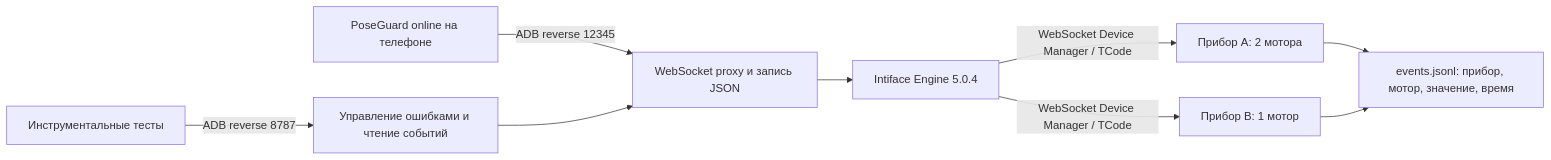
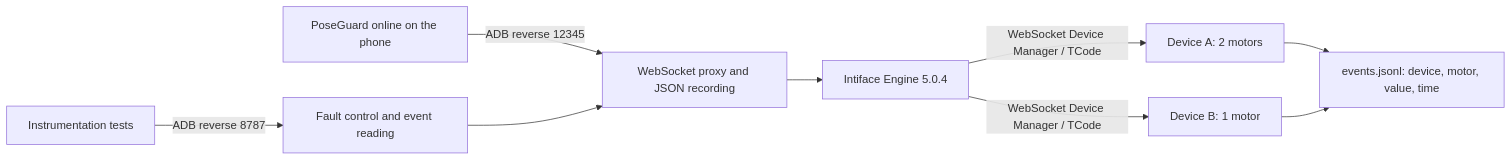
The diagram in dev/workspace/TESTING.md (incident201/poseGuard), drawn with Mermaid before and after one commit. The commit also changed other lines of this file and 2 other files, not shown here.

````diff
--- a/dev/workspace/TESTING.md
+++ b/dev/workspace/TESTING.md
@@ -71,11 +71,11 @@
 ```mermaid
 flowchart LR
-    A[PoseGuard online на телефоне] -->|ADB reverse 12345| P[WebSocket proxy и запись JSON]
+    A[PoseGuard online on the phone] -->|ADB reverse 12345| P[WebSocket proxy and JSON recording]
     P --> E[Intiface Engine 5.0.4]
-    E -->|WebSocket Device Manager / TCode| D[Прибор A: 2 мотора]
-    E -->|WebSocket Device Manager / TCode| B[Прибор B: 1 мотор]
-    D --> L[events.jsonl: прибор, мотор, значение, время]
+    E -->|WebSocket Device Manager / TCode| D[Device A: 2 motors]
+    E -->|WebSocket Device Manager / TCode| B[Device B: 1 motor]
+    D --> L[events.jsonl: device, motor, value, time]
     B --> L
-    T[Инструментальные тесты] -->|ADB reverse 8787| C[Управление ошибками и чтение событий]
+    T[Instrumentation tests] -->|ADB reverse 8787| C[Fault control and event reading]
     C --> P
 ```
````
